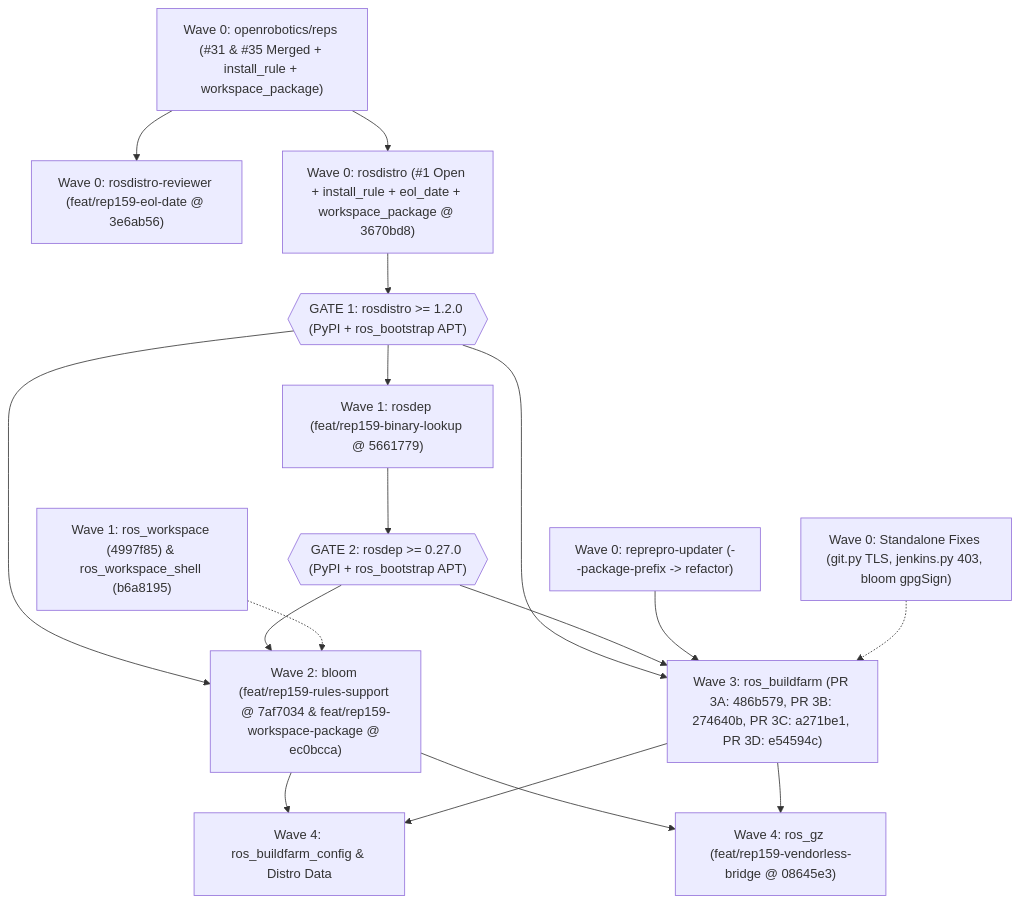
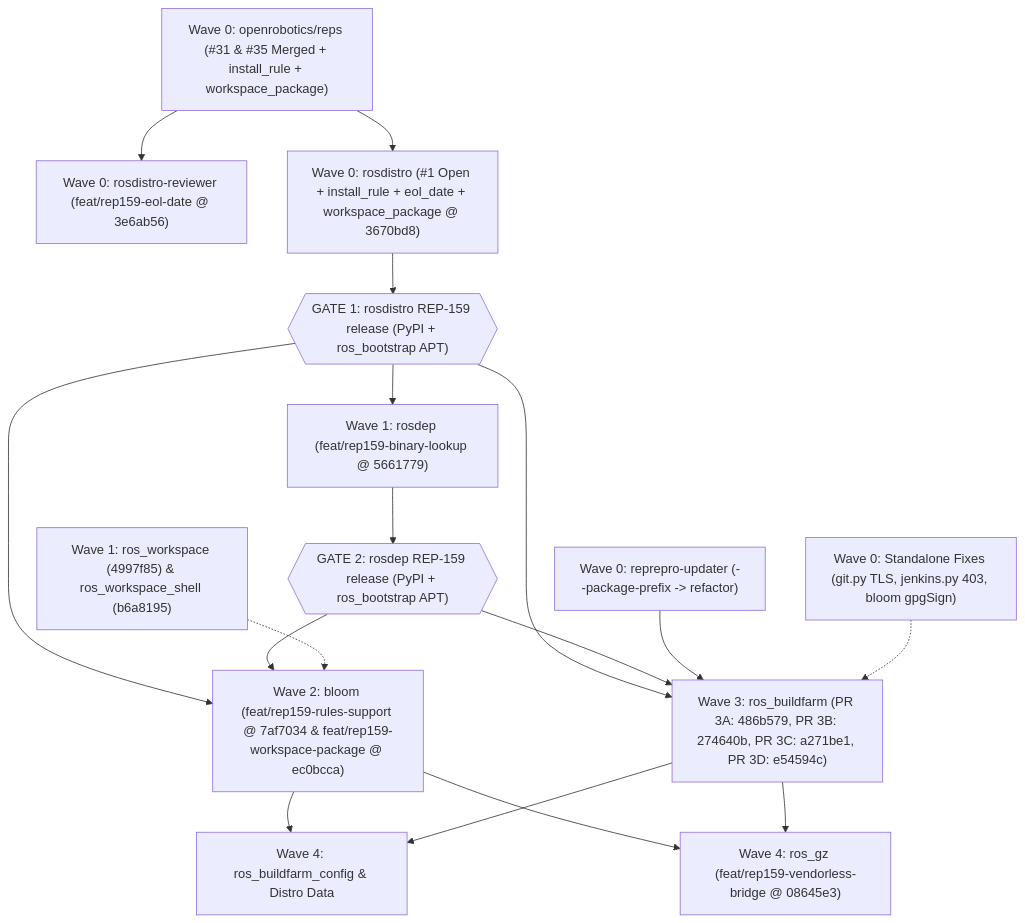
The diagram in STAGE_PR_AND_ISSUE_MAP.md (KmoM88/rep159-testing), drawn with Mermaid before and after one commit. The commit also changed other lines of this file and 6 other files, not shown here.

Commit message:
Remove speculative future release version numbers from Release Gates across rollout and roadmap docs

````diff
--- a/STAGE_PR_AND_ISSUE_MAP.md
+++ b/STAGE_PR_AND_ISSUE_MAP.md
@@ -12,31 +12,31 @@
 ```mermaid
 flowchart TD
     REPS["Wave 0: openrobotics/reps (#31 & #35 Merged + install_rule + workspace_package)"]
     REPREPRO["Wave 0: reprepro-updater (--package-prefix -> refactor)"]
     REVIEWER["Wave 0: rosdistro-reviewer (feat/rep159-eol-date @ 3e6ab56)"]
     UTIL["Wave 0: Standalone Fixes (git.py TLS, jenkins.py 403, bloom gpgSign)"]
     ROSDISTRO["Wave 0: rosdistro (#1 Open + install_rule + eol_date + workspace_package @ 3670bd8)"]
-    G1{{"GATE 1: rosdistro >= 1.2.0 (PyPI + ros_bootstrap APT)"}}
+    G1{{"GATE 1: rosdistro REP-159 release (PyPI + ros_bootstrap APT)"}}
     ROSDEP["Wave 1: rosdep (feat/rep159-binary-lookup @ 5661779)"]
     WORKSPACE["Wave 1: ros_workspace (4997f85) & ros_workspace_shell (b6a8195)"]
-    G2{{"GATE 2: rosdep >= 0.27.0 (PyPI + ros_bootstrap APT)"}}
+    G2{{"GATE 2: rosdep REP-159 release (PyPI + ros_bootstrap APT)"}}
     BLOOM["Wave 2: bloom (feat/rep159-rules-support @ 7af7034 & feat/rep159-workspace-package @ ec0bcca)"]
     BUILDFARM["Wave 3: ros_buildfarm (PR 3A: 486b579, PR 3B: 274640b, PR 3C: a271be1, PR 3D: e54594c)"]
     ROSGZ["Wave 4: ros_gz (feat/rep159-vendorless-bridge @ 08645e3)"]
     CONFIG["Wave 4: ros_buildfarm_config & Distro Data"]
 
     REPS --> ROSDISTRO --> G1
     REPS --> REVIEWER
     G1 --> ROSDEP --> G2
     G1 --> BLOOM
     G2 --> BLOOM
     WORKSPACE -.-> BLOOM
     G1 --> BUILDFARM
     G2 --> BUILDFARM
     REPREPRO --> BUILDFARM
     UTIL -.-> BUILDFARM
     BLOOM --> CONFIG
     BUILDFARM --> CONFIG
     BLOOM --> ROSGZ
     BUILDFARM --> ROSGZ
 ```
````
